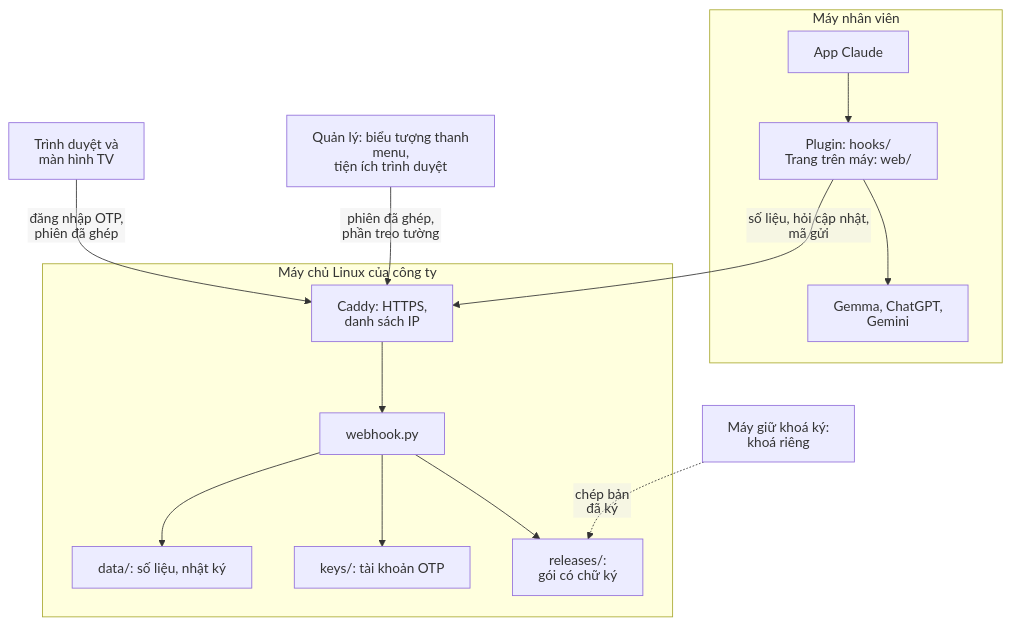
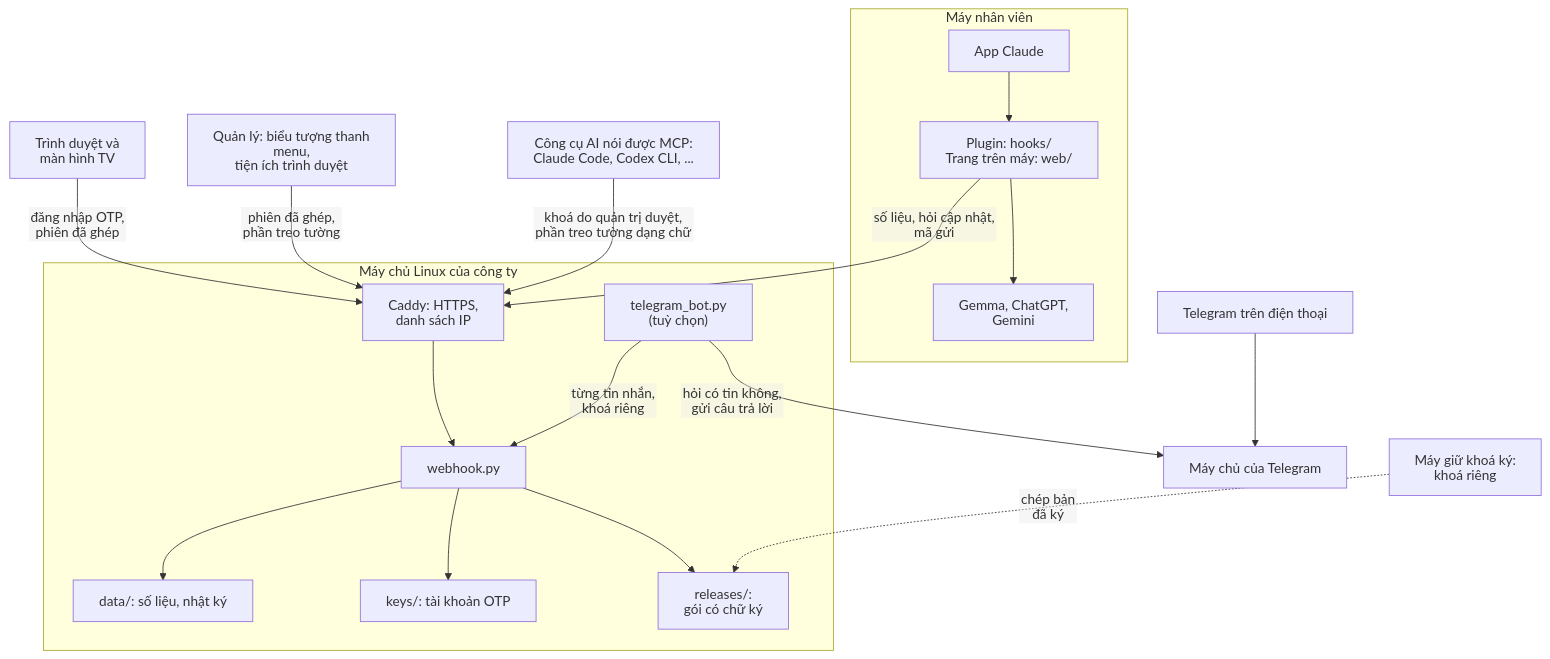
The first of 11 diagrams in docs/ARCHITECTURE.vi.md (anhle9x/ai-worker), drawn with Mermaid before and after one commit. The commit also changed other lines of this file and 65 other files, not shown here.

Commit message:
0.33.0: ask the board over MCP or from Telegram; use by week and month

````diff
--- a/docs/ARCHITECTURE.vi.md
+++ b/docs/ARCHITECTURE.vi.md
@@ -74,21 +87,28 @@
 ```mermaid
 %%{init: {"htmlLabels": false, "flowchart": {"htmlLabels": false}}}%%
 flowchart TD
   subgraph PC["Máy nhân viên"]
     App["App Claude"] --> Plugin["Plugin: hooks/<br/>Trang trên máy: web/"]
     Plugin --> Helpers["Gemma, ChatGPT,<br/>Gemini"]
   end
   Browser["Trình duyệt và<br/>màn hình TV"]
   Mgr["Quản lý: biểu tượng thanh menu,<br/>tiện ích trình duyệt"]
+  Tool["Công cụ AI nói được MCP:<br/>Claude Code, Codex CLI, ..."]
+  Phone["Telegram trên điện thoại"]
+  TG["Máy chủ của Telegram"]
   IT["Máy giữ khoá ký:<br/>khoá riêng"]
   subgraph Server["Máy chủ Linux của công ty"]
     Proxy["Caddy: HTTPS,<br/>danh sách IP"] --> Hook["webhook.py"]
     Hook --> Data["data/: số liệu, nhật ký"]
     Hook --> Keys["keys/: tài khoản OTP"]
     Hook --> Releases["releases/:<br/>gói có chữ ký"]
+    Bot["telegram_bot.py<br/>(tuỳ chọn)"] -- "từng tin nhắn,<br/>khoá riêng" --> Hook
   end
   Plugin -- "số liệu, hỏi cập nhật,<br/>mã gửi" --> Proxy
   Browser -- "đăng nhập OTP,<br/>phiên đã ghép" --> Proxy
   Mgr -- "phiên đã ghép,<br/>phần treo tường" --> Proxy
+  Tool -- "khoá do quản trị duyệt,<br/>phần treo tường dạng chữ" --> Proxy
+  Phone --> TG
+  Bot -- "hỏi có tin không,<br/>gửi câu trả lời" --> TG
   IT -. "chép bản<br/>đã ký" .-> Releases
 ```
````
